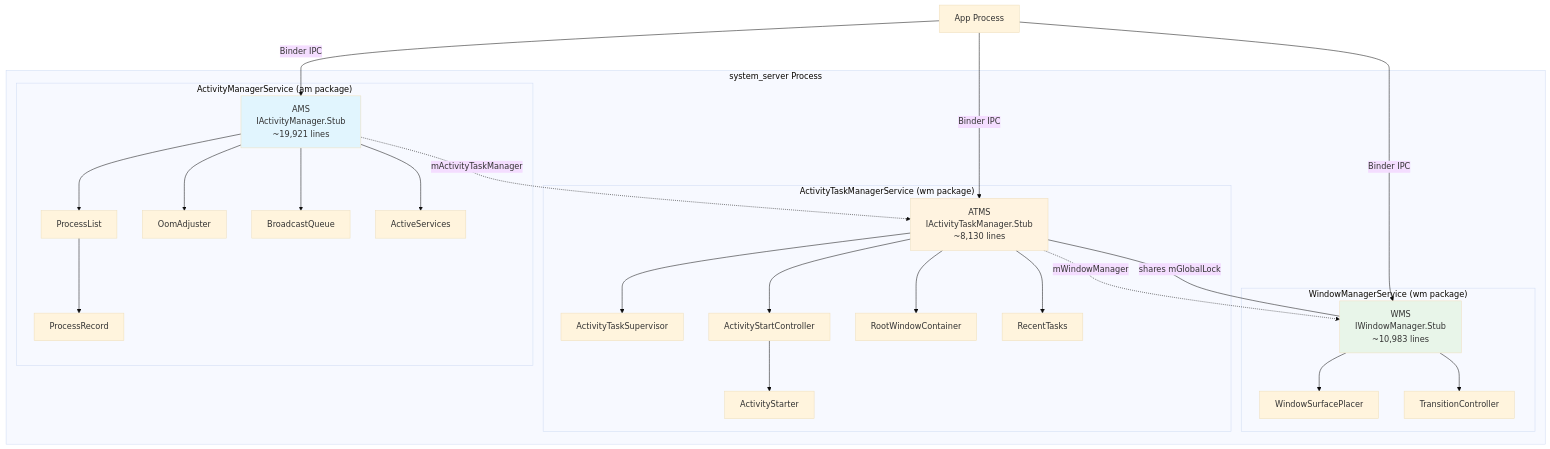
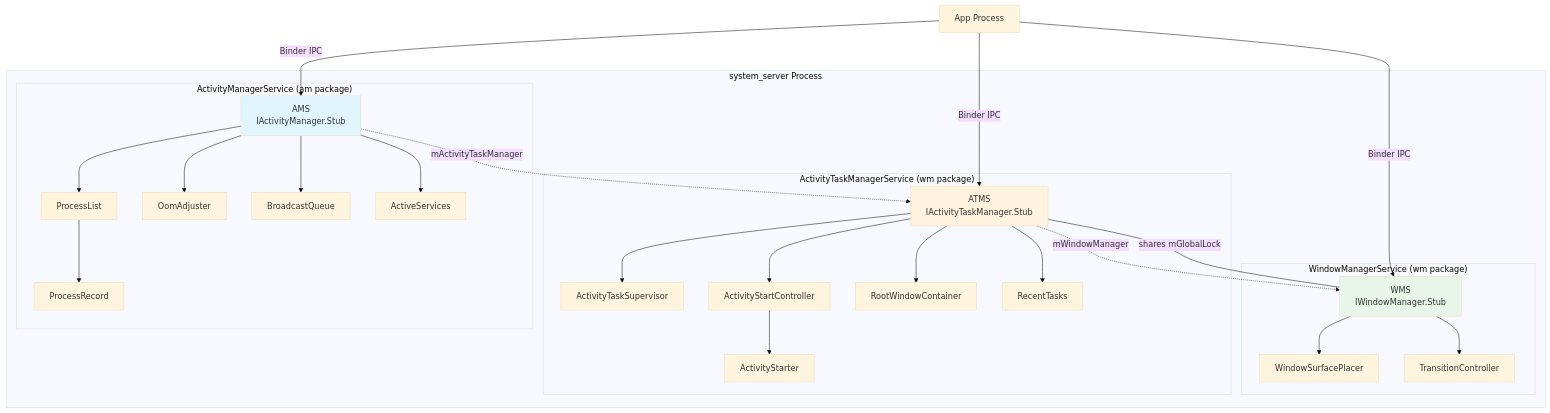
One commit to aospbooks/aosp-internal-book changed the first of 41 diagrams in 22-activity-and-window.md. Above: the diagram before and after it, drawn with Mermaid (base theme). The commit also changed other lines of this file, not shown here.

Commit message:
22-activity-and-window: drop line-number annotations from mermaid diagrams

````diff
--- a/22-activity-and-window.md
+++ b/22-activity-and-window.md
@@ -186,52 +186,52 @@
 ```mermaid
 graph TB
     subgraph "system_server Process"
         subgraph "ActivityManagerService (am package)"
-            AMS["AMS<br/>IActivityManager.Stub<br/>~19,921 lines"]
+            AMS["AMS<br/>IActivityManager.Stub"]
             ProcList["ProcessList"]
             ProcRecord["ProcessRecord"]
             OomAdj["OomAdjuster"]
             BroadcastQ["BroadcastQueue"]
             ActiveSvc["ActiveServices"]
             AMS --> ProcList
             AMS --> OomAdj
             AMS --> BroadcastQ
             AMS --> ActiveSvc
             ProcList --> ProcRecord
         end
 
         subgraph "ActivityTaskManagerService (wm package)"
-            ATMS["ATMS<br/>IActivityTaskManager.Stub<br/>~8,130 lines"]
+            ATMS["ATMS<br/>IActivityTaskManager.Stub"]
             Supervisor["ActivityTaskSupervisor"]
             StartController["ActivityStartController"]
             Starter["ActivityStarter"]
             RWC["RootWindowContainer"]
             RecentT["RecentTasks"]
             ATMS --> Supervisor
             ATMS --> StartController
             StartController --> Starter
             ATMS --> RWC
             ATMS --> RecentT
         end
 
         subgraph "WindowManagerService (wm package)"
-            WMS["WMS<br/>IWindowManager.Stub<br/>~10,983 lines"]
+            WMS["WMS<br/>IWindowManager.Stub"]
             SurfacePlacer["WindowSurfacePlacer"]
             TransCtrl["TransitionController"]
             WMS --> SurfacePlacer
             WMS --> TransCtrl
         end
 
         AMS -.->|"mActivityTaskManager"| ATMS
         ATMS -.->|"mWindowManager"| WMS
         ATMS ---|"shares mGlobalLock"| WMS
     end
 
     App["App Process"] -->|"Binder IPC"| AMS
     App -->|"Binder IPC"| ATMS
     App -->|"Binder IPC"| WMS
 
     style AMS fill:#e1f5fe
     style ATMS fill:#fff3e0
     style WMS fill:#e8f5e9
 ```
````
